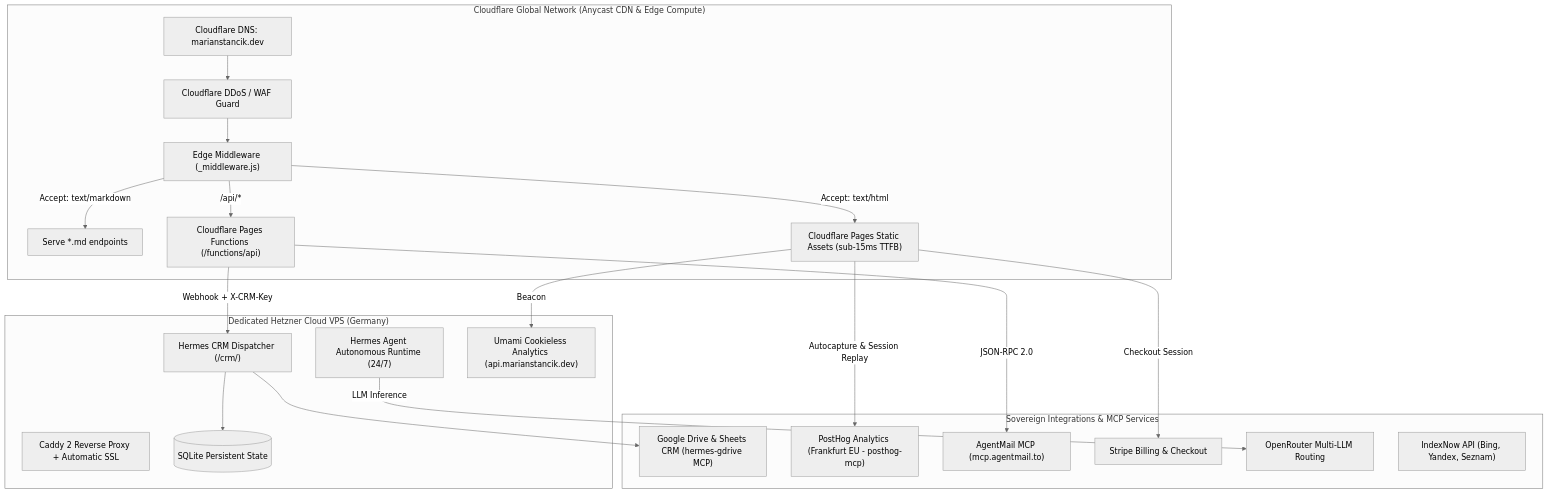
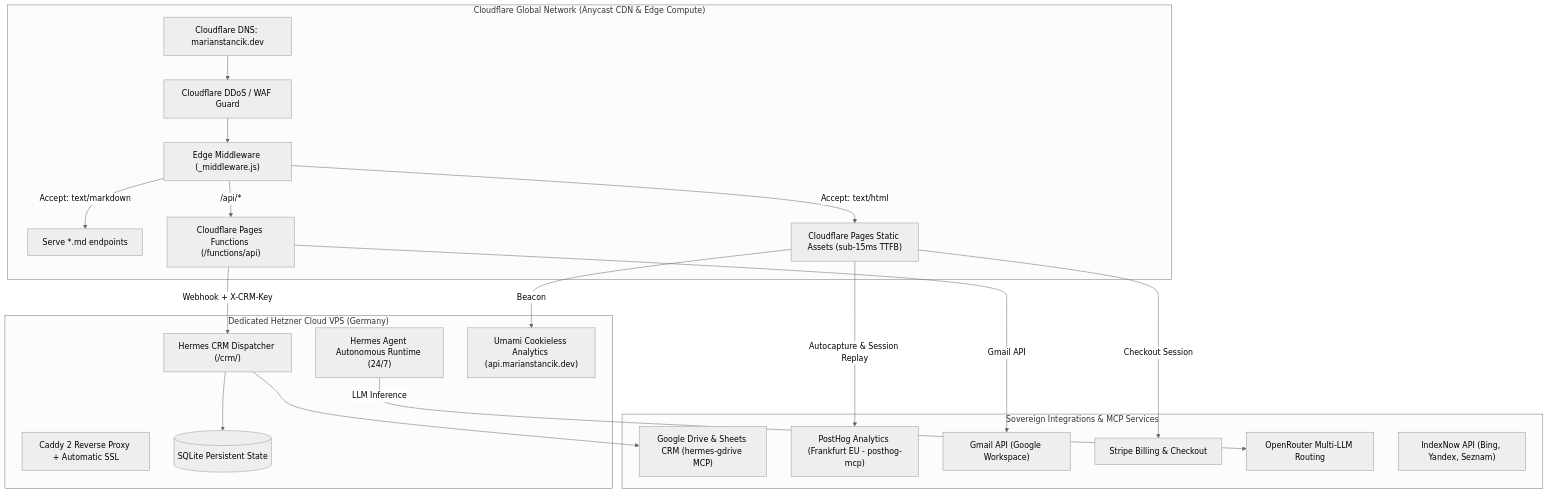
The first of 2 diagrams in AGENTS.md (Abra7abra7/marian_stancik_dev_web), drawn with Mermaid (neutral theme) before and after one commit. The commit also changed other lines of this file and 176 other files, not shown here.

First line of the commit message:
feat(legal): finálne dokumenty v3.0.2, kontakt stancikmarian8@gmail.com, AgentMail = 0

````diff
--- a/AGENTS.md
+++ b/AGENTS.md
@@ -168,36 +168,36 @@
 ```mermaid
 flowchart TD
     subgraph Global Edge ["Cloudflare Global Network (Anycast CDN & Edge Compute)"]
         DNS[Cloudflare DNS: marianstancik.dev] --> WAF[Cloudflare DDoS / WAF Guard]
         WAF --> EdgeMiddleware["Edge Middleware (_middleware.js)"]
         EdgeMiddleware -->|Accept: text/markdown| MDDirect["Serve *.md endpoints"]
         EdgeMiddleware -->|Accept: text/html| PagesStatic["Cloudflare Pages Static Assets (sub-15ms TTFB)"]
         EdgeMiddleware -->|/api/*| EdgeFunctions["Cloudflare Pages Functions (/functions/api)"]
     end
 
     subgraph European VPS ["Dedicated Hetzner Cloud VPS (Germany)"]
         Caddy[Caddy 2 Reverse Proxy + Automatic SSL]
         HermesAgent["Hermes Agent Autonomous Runtime (24/7)"]
         HermesCRM["Hermes CRM Dispatcher (/crm/)"]
         Umami["Umami Cookieless Analytics (api.marianstancik.dev)"]
         SQLiteStore[("SQLite Persistent State")]
     end
 
     subgraph Sovereign Cloud & APIs ["Sovereign Integrations & MCP Services"]
         GoogleDrive["Google Drive & Sheets CRM (hermes-gdrive MCP)"]
         PostHogEU["PostHog Analytics (Frankfurt EU - posthog-mcp)"]
-        AgentMail["AgentMail MCP (mcp.agentmail.to)"]
+        Gmail["Gmail API (Google Workspace)"]
         StripeAPI["Stripe Billing & Checkout"]
         OpenRouter["OpenRouter Multi-LLM Routing"]
         IndexNow["IndexNow API (Bing, Yandex, Seznam)"]
     end
 
-    EdgeFunctions -->|JSON-RPC 2.0| AgentMail
+    EdgeFunctions -->|Gmail API| Gmail
     EdgeFunctions -->|Webhook + X-CRM-Key| HermesCRM
     HermesCRM --> SQLiteStore
     HermesCRM --> GoogleDrive
     PagesStatic -->|Checkout Session| StripeAPI
     PagesStatic -->|Beacon| Umami
     PagesStatic -->|Autocapture & Session Replay| PostHogEU
     HermesAgent -->|LLM Inference| OpenRouter
 ```
````
